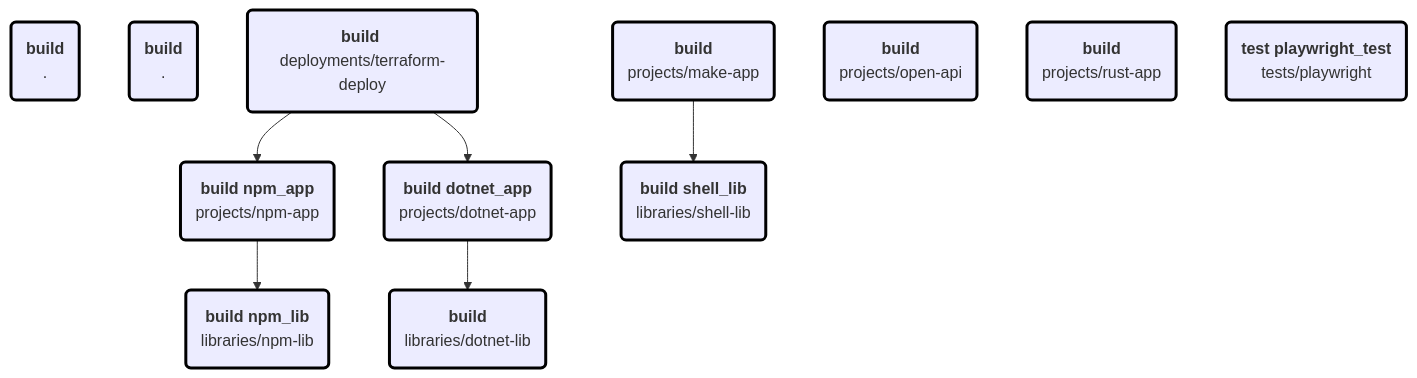
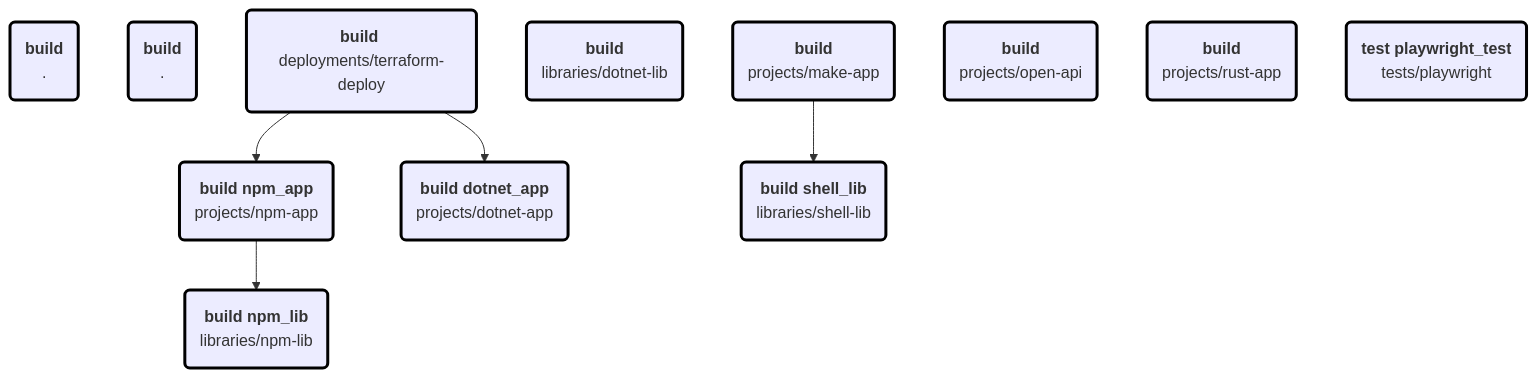
One commit to MagnusOpera/terrabuild changed the diagram in tests/simple/results/terrabuild-debug.info.md. Above: the diagram before and after it, drawn with Mermaid. The commit also changed 9 other files, not shown here.

Commit message:
fix dotnet batching graph parity and update changelog

````diff
--- a/tests/simple/results/terrabuild-debug.info.md
+++ b/tests/simple/results/terrabuild-debug.info.md
@@ -14,47 +14,46 @@
 ```mermaid
 flowchart TD
 classDef build stroke:red,stroke-width:3px
 classDef restore stroke:orange,stroke-width:3px
 classDef ignore stroke:black,stroke-width:3px
 1565C663A6AA8DD76CC475B61F6DA9891C4B6088668874E4C620C276749985A8("<b>build</b> 
 .")
 5FF221712FFC15D83449C90E8FCD4C9742CCDDDBD9437B76A2A3D29911DB071B("<b>build</b> 
 .")
 #pnpm#npm-app:build("<b>build npm_app</b> 
 projects/npm-app")
 #pnpm#npm-lib:build("<b>build npm_lib</b> 
 libraries/npm-lib")
 workspace/path#deployments/terraform-deploy:build("<b>build</b> 
 deployments/terraform-deploy")
 workspace/path#libraries/dotnet-lib:build("<b>build</b> 
 libraries/dotnet-lib")
 workspace/path#libraries/shell-lib:build("<b>build shell_lib</b> 
 libraries/shell-lib")
 workspace/path#projects/dotnet-app:build("<b>build dotnet_app</b> 
 projects/dotnet-app")
 workspace/path#projects/make-app:build("<b>build</b> 
 projects/make-app")
 workspace/path#projects/open-api:build("<b>build</b> 
 projects/open-api")
 workspace/path#projects/rust-app:build("<b>build</b> 
 projects/rust-app")
 workspace/path#tests/playwright:test("<b>test playwright_test</b> 
 tests/playwright")
 class 1565C663A6AA8DD76CC475B61F6DA9891C4B6088668874E4C620C276749985A8 ignore
 class 5FF221712FFC15D83449C90E8FCD4C9742CCDDDBD9437B76A2A3D29911DB071B ignore
 #pnpm#npm-app:build --> #pnpm#npm-lib:build
 class #pnpm#npm-app:build ignore
 class #pnpm#npm-lib:build ignore
 workspace/path#deployments/terraform-deploy:build --> #pnpm#npm-app:build
 workspace/path#deployments/terraform-deploy:build --> workspace/path#projects/dotnet-app:build
 class workspace/path#deployments/terraform-deploy:build ignore
 class workspace/path#libraries/dotnet-lib:build ignore
 class workspace/path#libraries/shell-lib:build ignore
-workspace/path#projects/dotnet-app:build --> workspace/path#libraries/dotnet-lib:build
 class workspace/path#projects/dotnet-app:build ignore
 workspace/path#projects/make-app:build --> workspace/path#libraries/shell-lib:build
 class workspace/path#projects/make-app:build ignore
 class workspace/path#projects/open-api:build ignore
 class workspace/path#projects/rust-app:build ignore
 class workspace/path#tests/playwright:test ignore
 ```
````
